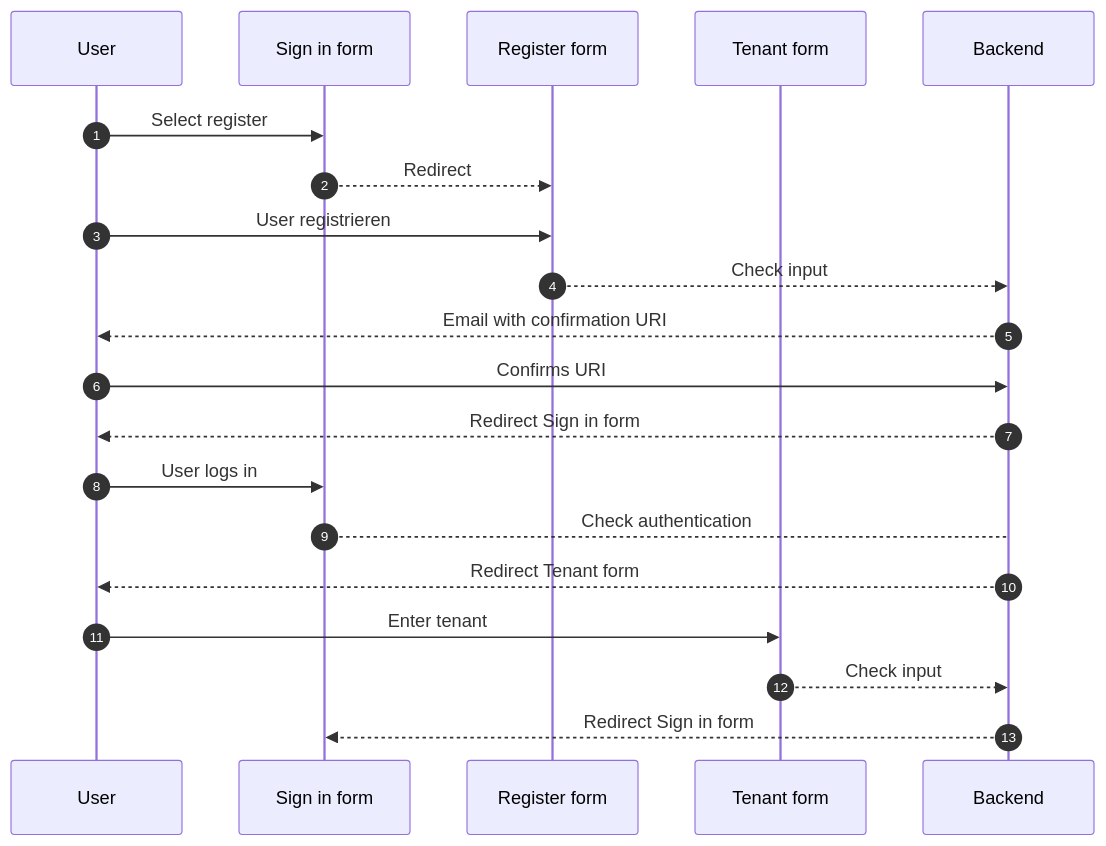
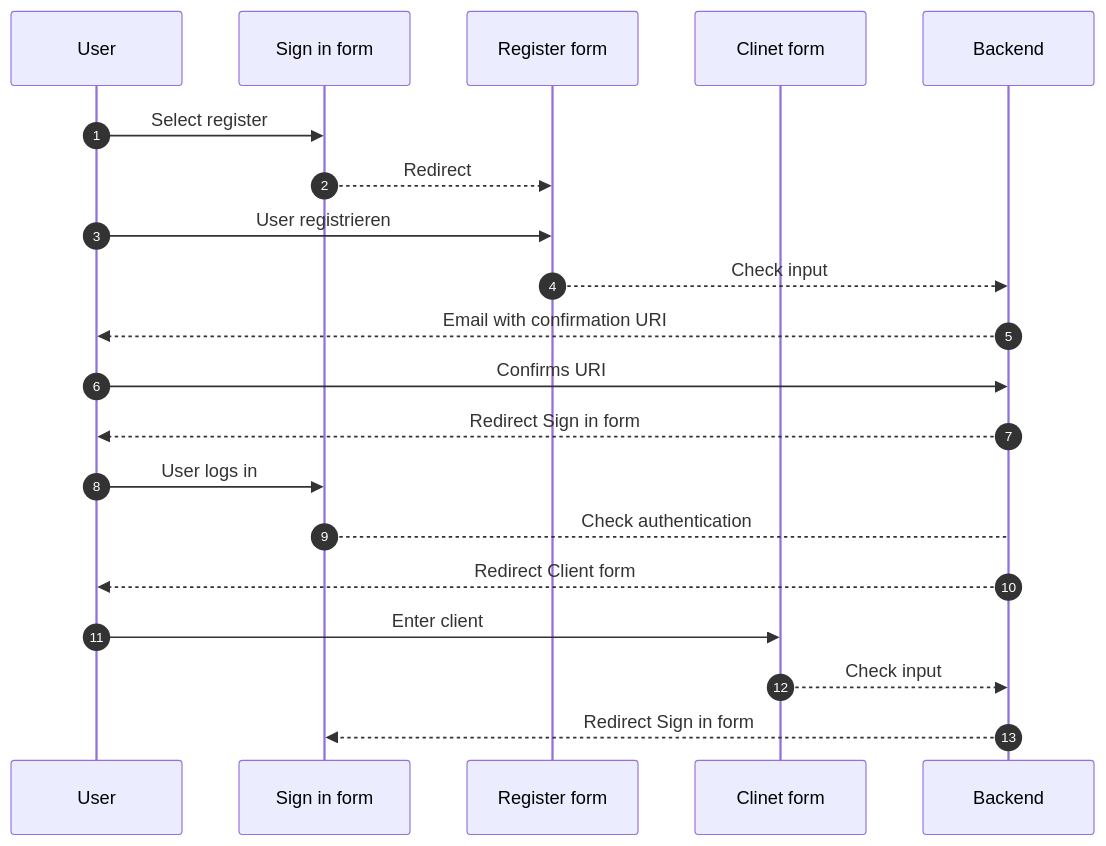
Before and after one commit to grafioschtrader/grafioschtrader: the diagram in manual/content/intro/register/_index.en.md, drawn with Mermaid. The commit also changed 2 other files, not shown here.

Commit message:
correction english docu

```diff
--- a/manual/content/intro/register/_index.en.md
+++ b/manual/content/intro/register/_index.en.md
@@ -10,22 +10,22 @@
 {{< mermaid >}}
 sequenceDiagram
     autonumber
     participant User
     participant A as Sign in form
     participant R as Register form
-    participant K as Tenant form
+    participant K as Clinet form
     participant Backend
     User->>A: Select register
     A-->>R: Redirect
     User->>R: User registrieren
     R-->>Backend: Check input
     Backend-->>User: Email with confirmation URI  
     User->>Backend: Confirms URI
     Backend-->>User: Redirect Sign in form
     User->>A: User logs in
     A-->Backend: Check authentication
-    Backend-->>User: Redirect Tenant form
-    User->>K: Enter tenant
+    Backend-->>User: Redirect Client form
+    User->>K: Enter client
     K-->>Backend: Check input
     Backend-->>A: Redirect Sign in form
 {{< /mermaid >}}
```
